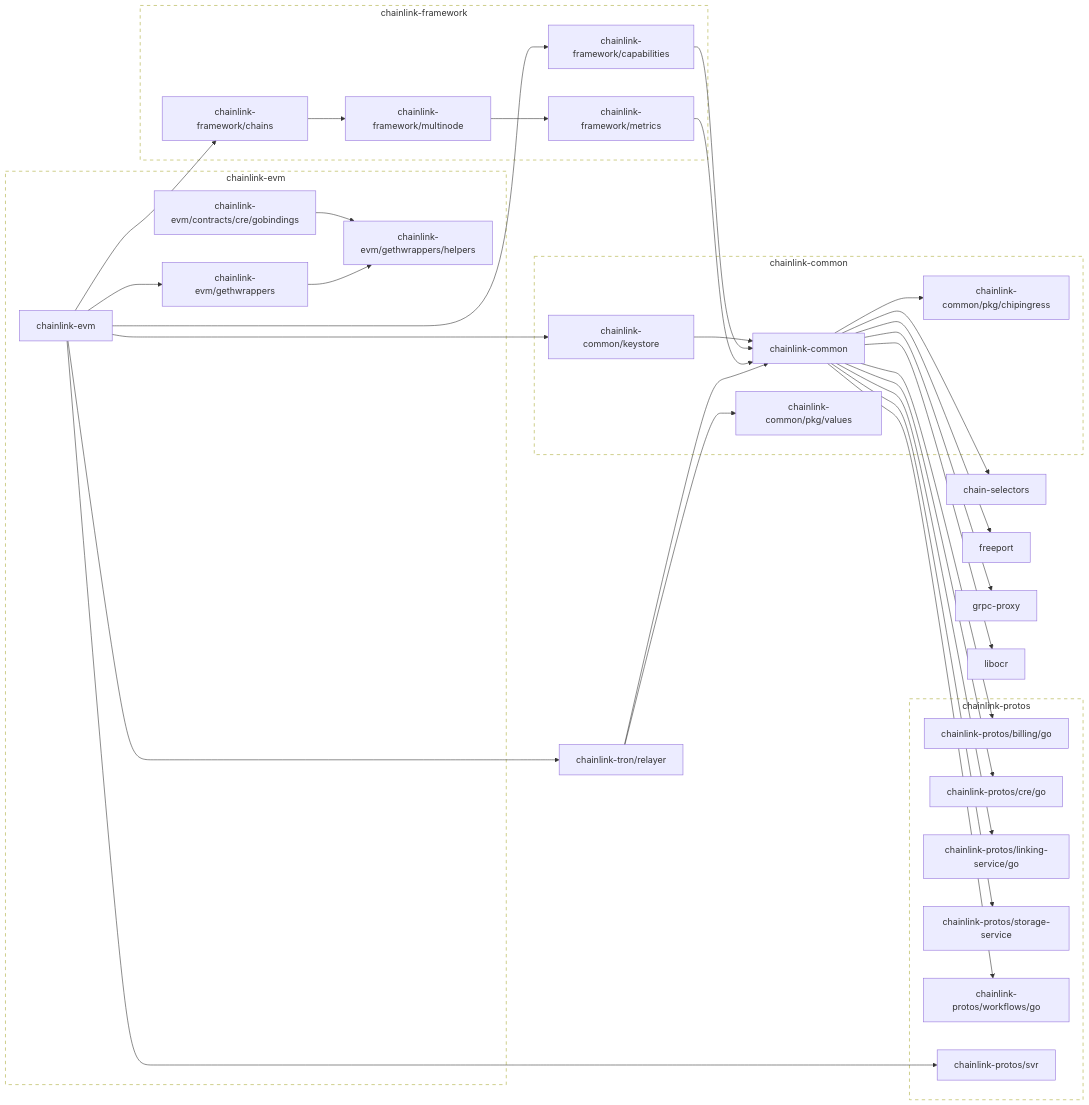
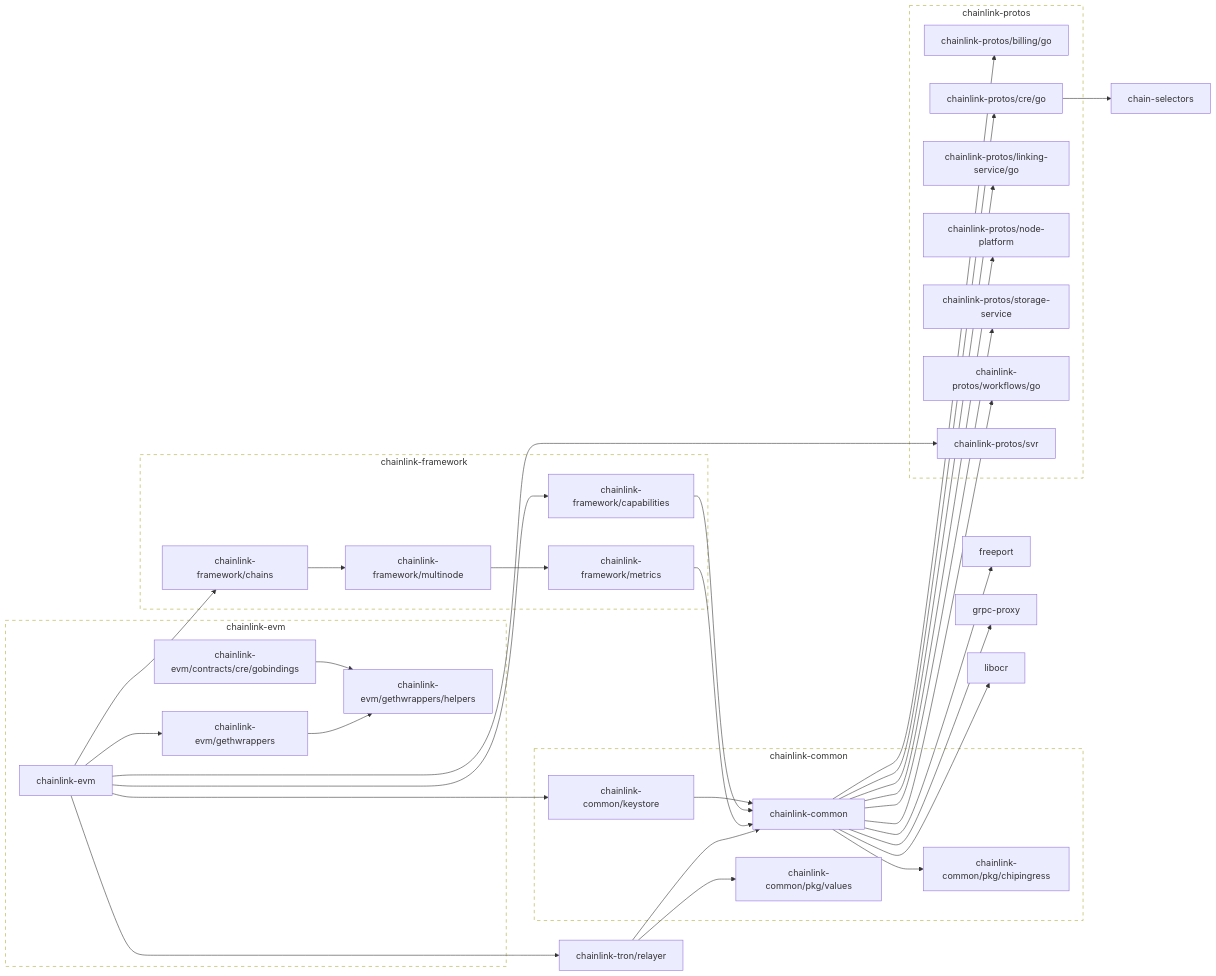
One commit to smartcontractkit/chainlink-evm changed the diagram in go.md. Above: the diagram before and after it, drawn with Mermaid.

```diff
--- a/go.md
+++ b/go.md
@@ -4,11 +4,11 @@
 
 	chain-selectors
 	click chain-selectors href "https://github.com/smartcontractkit/chain-selectors"
-	chainlink-common --> chain-selectors
 	chainlink-common --> chainlink-common/pkg/chipingress
 	chainlink-common --> chainlink-protos/billing/go
 	chainlink-common --> chainlink-protos/cre/go
 	chainlink-common --> chainlink-protos/linking-service/go
+	chainlink-common --> chainlink-protos/node-platform
 	chainlink-common --> chainlink-protos/storage-service
 	chainlink-common --> chainlink-protos/workflows/go
 	chainlink-common --> freeport
@@ -44,10 +44,12 @@
 	click chainlink-framework/multinode href "https://github.com/smartcontractkit/chainlink-framework"
 	chainlink-protos/billing/go
 	click chainlink-protos/billing/go href "https://github.com/smartcontractkit/chainlink-protos"
-	chainlink-protos/cre/go
+	chainlink-protos/cre/go --> chain-selectors
 	click chainlink-protos/cre/go href "https://github.com/smartcontractkit/chainlink-protos"
 	chainlink-protos/linking-service/go
 	click chainlink-protos/linking-service/go href "https://github.com/smartcontractkit/chainlink-protos"
+	chainlink-protos/node-platform
+	click chainlink-protos/node-platform href "https://github.com/smartcontractkit/chainlink-protos"
 	chainlink-protos/storage-service
 	click chainlink-protos/storage-service href "https://github.com/smartcontractkit/chainlink-protos"
 	chainlink-protos/svr
@@ -92,6 +94,7 @@
 		 chainlink-protos/billing/go
 		 chainlink-protos/cre/go
 		 chainlink-protos/linking-service/go
+		 chainlink-protos/node-platform
 		 chainlink-protos/storage-service
 		 chainlink-protos/svr
 		 chainlink-protos/workflows/go
```
